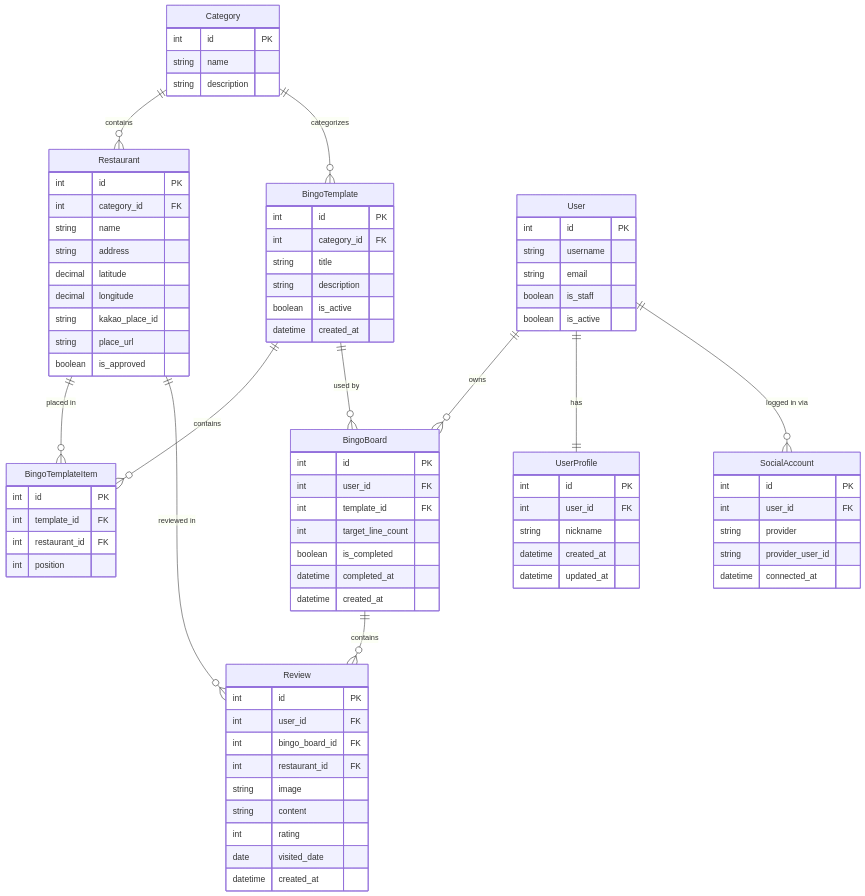
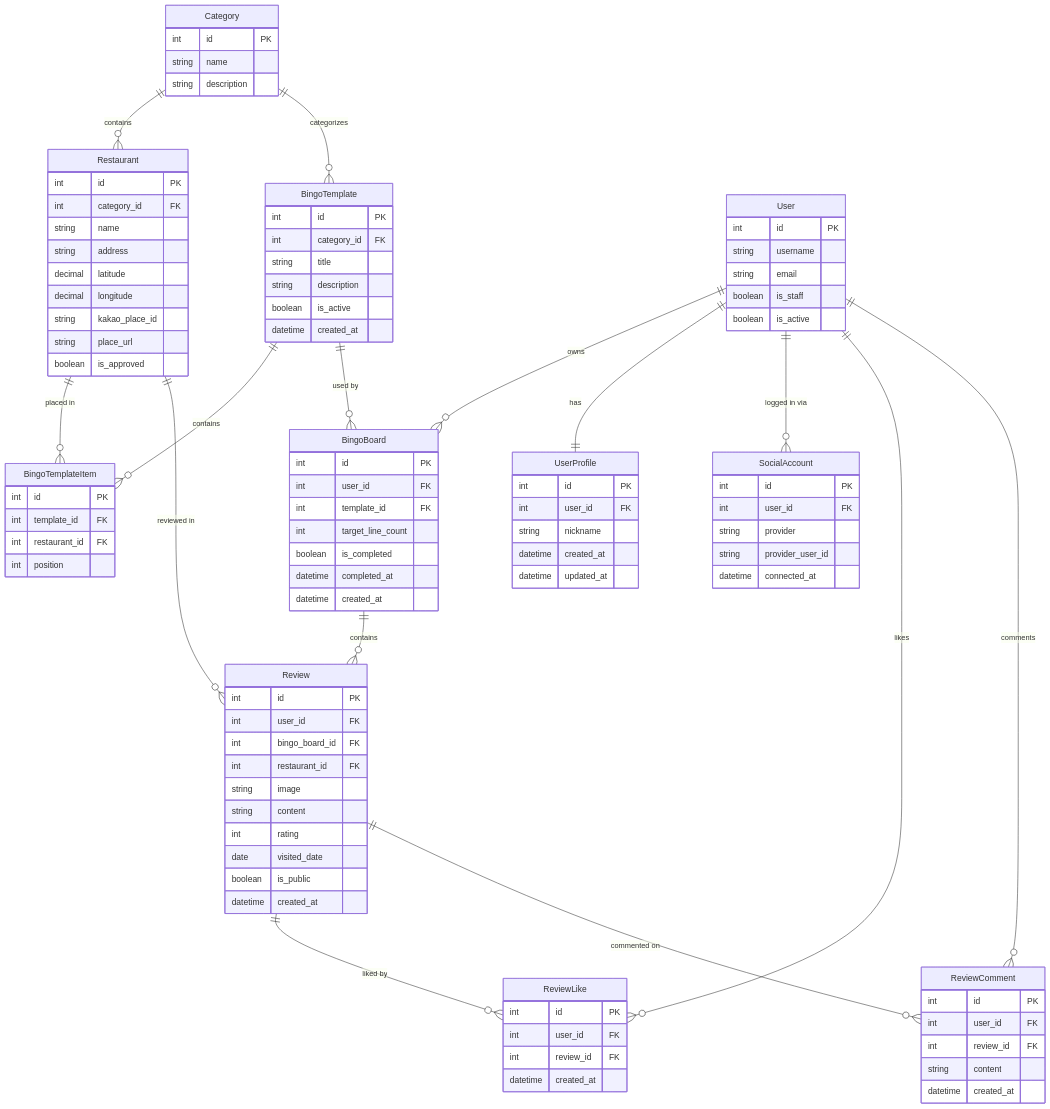
One commit to diego-choi/delicious-bingo changed the third of 3 diagrams in PRD.md. Above: the diagram before and after it, drawn with Mermaid. The commit also changed other lines of this file, not shown here.

````diff
--- a/PRD.md
+++ b/PRD.md
@@ -176,6 +197,10 @@
     User ||--o{ SocialAccount : "logged in via"
     BingoBoard ||--o{ Review : contains
     Restaurant ||--o{ Review : "reviewed in"
+    User ||--o{ ReviewLike : likes
+    Review ||--o{ ReviewLike : "liked by"
+    User ||--o{ ReviewComment : comments
+    Review ||--o{ ReviewComment : "commented on"
 
     Category {
         int id PK
@@ -254,6 +279,22 @@
         string content
         int rating
         date visited_date
+        boolean is_public
+        datetime created_at
+    }
+
+    ReviewLike {
+        int id PK
+        int user_id FK
+        int review_id FK
+        datetime created_at
+    }
+
+    ReviewComment {
+        int id PK
+        int user_id FK
+        int review_id FK
+        string content
         datetime created_at
     }
 ```
````
